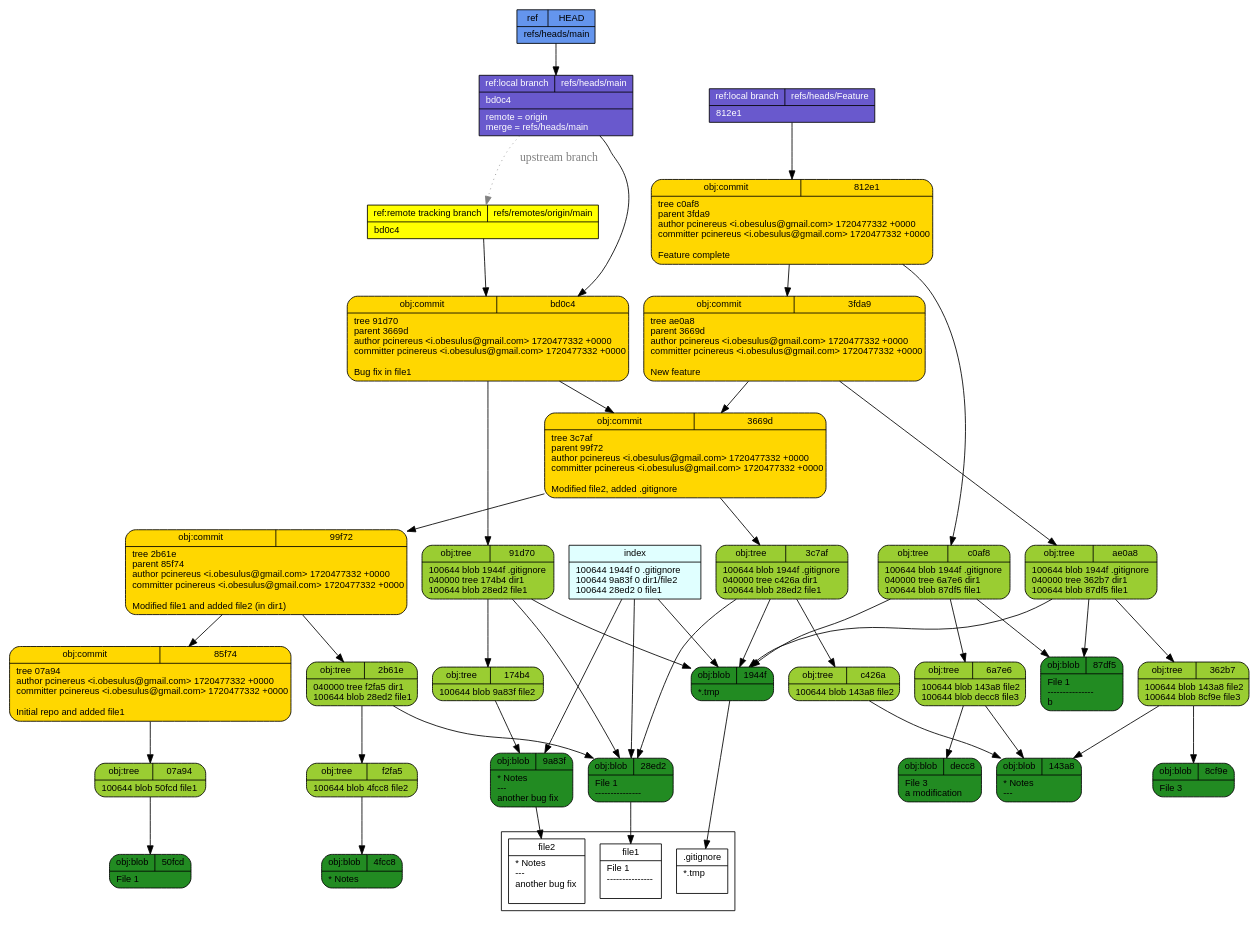
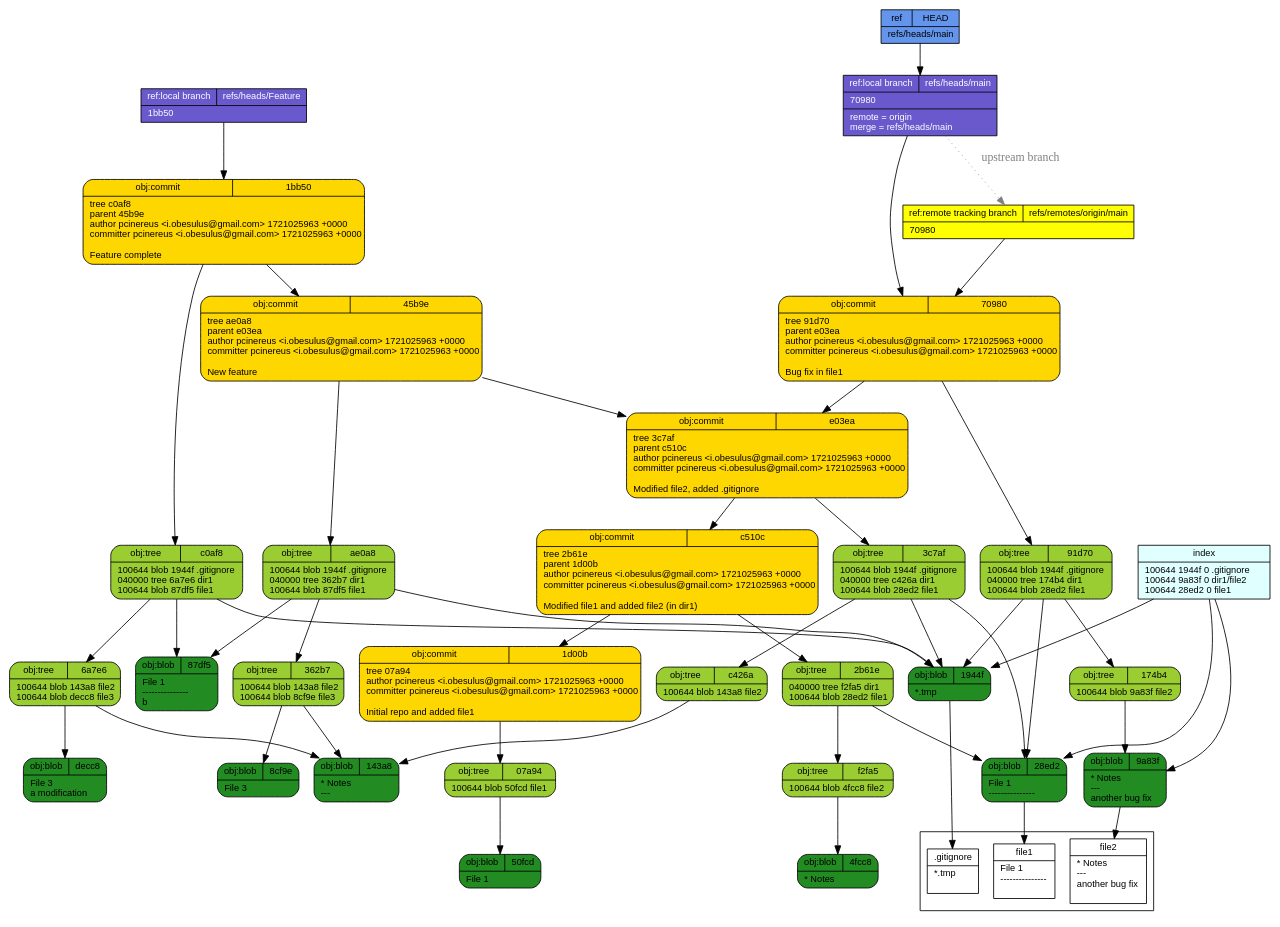
Before and after one commit to pcinereus/SUYRs_documents: the diagram in tut/git-draw.dot, drawn with Graphviz. The commit also changed 619 other files, not shown here.

```diff
--- a/tut/git-draw.dot
+++ b/tut/git-draw.dot
@@ -1,57 +1,57 @@
 digraph structs {
   node [shape=record,fontsize=11,fontname="arial"];
   rankdir="TB";
-  _85f74 [fillcolor="gold", style="filled,rounded", label="{{obj:commit|85f74}|tree\ 07a94\lauthor\ pcinereus\ \<i\.obesulus\@gmail\.com\>\ 1720477332\ \+0000\lcommitter\ pcinereus\ \<i\.obesulus\@gmail\.com\>\ 1720477332\ \+0000\l\lInitial\ repo\ and\ added\ file1\l}"]  _85f74 -> _07a94
-  _174b4 [fillcolor="yellowgreen", style="filled,rounded", label="{{obj:tree|174b4}|100644\ blob\ 9a83f\	file2\l}"]  _174b4 -> _9a83f
-  _362b7 [fillcolor="yellowgreen", style="filled,rounded", label="{{obj:tree|362b7}|100644\ blob\ 143a8\	file2\l100644\ blob\ 8cf9e\	file3\l}"]  _362b7 -> _143a8
-  _362b7 -> _8cf9e
-  _3669d [fillcolor="gold", style="filled,rounded", label="{{obj:commit|3669d}|tree\ 3c7af\lparent\ 99f72\lauthor\ pcinereus\ \<i\.obesulus\@gmail\.com\>\ 1720477332\ \+0000\lcommitter\ pcinereus\ \<i\.obesulus\@gmail\.com\>\ 1720477332\ \+0000\l\lModified\ file2\,\ added\ \.gitignore\l}"]  _3669d -> _3c7af
-  _3669d -> _99f72
-  _9a83f [fillcolor="forestgreen", style="filled,rounded", label="{{obj:blob|9a83f}|\*\ Notes\l\-\-\-\l\ another\ bug\ fix\l}"]  _2b61e [fillcolor="yellowgreen", style="filled,rounded", label="{{obj:tree|2b61e}|040000\ tree\ f2fa5\	dir1\l100644\ blob\ 28ed2\	file1\l}"]  _2b61e -> _f2fa5
-  _2b61e -> _28ed2
-  _4fcc8 [fillcolor="forestgreen", style="filled,rounded", label="{{obj:blob|4fcc8}|\*\ Notes\l}"]  _3c7af [fillcolor="yellowgreen", style="filled,rounded", label="{{obj:tree|3c7af}|100644\ blob\ 1944f\	\.gitignore\l040000\ tree\ c426a\	dir1\l100644\ blob\ 28ed2\	file1\l}"]  _3c7af -> _1944f
-  _3c7af -> _c426a
-  _3c7af -> _28ed2
+  _f2fa5 [fillcolor="yellowgreen", style="filled,rounded", label="{{obj:tree|f2fa5}|100644\ blob\ 4fcc8\	file2\l}"]  _f2fa5 -> _4fcc8
+  _45b9e [fillcolor="gold", style="filled,rounded", label="{{obj:commit|45b9e}|tree\ ae0a8\lparent\ e03ea\lauthor\ pcinereus\ \<i\.obesulus\@gmail\.com\>\ 1721025963\ \+0000\lcommitter\ pcinereus\ \<i\.obesulus\@gmail\.com\>\ 1721025963\ \+0000\l\lNew\ feature\l}"]  _45b9e -> _ae0a8
+  _45b9e -> _e03ea
+  _07a94 [fillcolor="yellowgreen", style="filled,rounded", label="{{obj:tree|07a94}|100644\ blob\ 50fcd\	file1\l}"]  _07a94 -> _50fcd
+  _143a8 [fillcolor="forestgreen", style="filled,rounded", label="{{obj:blob|143a8}|\*\ Notes\l\-\-\-\l}"]  _c0af8 [fillcolor="yellowgreen", style="filled,rounded", label="{{obj:tree|c0af8}|100644\ blob\ 1944f\	\.gitignore\l040000\ tree\ 6a7e6\	dir1\l100644\ blob\ 87df5\	file1\l}"]  _c0af8 -> _1944f
+  _c0af8 -> _6a7e6
+  _c0af8 -> _87df5
+  _4fcc8 [fillcolor="forestgreen", style="filled,rounded", label="{{obj:blob|4fcc8}|\*\ Notes\l}"]  _70980 [fillcolor="gold", style="filled,rounded", label="{{obj:commit|70980}|tree\ 91d70\lparent\ e03ea\lauthor\ pcinereus\ \<i\.obesulus\@gmail\.com\>\ 1721025963\ \+0000\lcommitter\ pcinereus\ \<i\.obesulus\@gmail\.com\>\ 1721025963\ \+0000\l\lBug\ fix\ in\ file1\l}"]  _70980 -> _91d70
+  _70980 -> _e03ea
   _c426a [fillcolor="yellowgreen", style="filled,rounded", label="{{obj:tree|c426a}|100644\ blob\ 143a8\	file2\l}"]  _c426a -> _143a8
-  _99f72 [fillcolor="gold", style="filled,rounded", label="{{obj:commit|99f72}|tree\ 2b61e\lparent\ 85f74\lauthor\ pcinereus\ \<i\.obesulus\@gmail\.com\>\ 1720477332\ \+0000\lcommitter\ pcinereus\ \<i\.obesulus\@gmail\.com\>\ 1720477332\ \+0000\l\lModified\ file1\ and\ added\ file2\ \(in\ dir1\)\l}"]  _99f72 -> _2b61e
-  _99f72 -> _85f74
-  _28ed2 [fillcolor="forestgreen", style="filled,rounded", label="{{obj:blob|28ed2}|File\ 1\l\-\-\-\-\-\-\-\-\-\-\-\-\-\-\-\l}"]  _812e1 [fillcolor="gold", style="filled,rounded", label="{{obj:commit|812e1}|tree\ c0af8\lparent\ 3fda9\lauthor\ pcinereus\ \<i\.obesulus\@gmail\.com\>\ 1720477332\ \+0000\lcommitter\ pcinereus\ \<i\.obesulus\@gmail\.com\>\ 1720477332\ \+0000\l\lFeature\ complete\l}"]  _812e1 -> _c0af8
-  _812e1 -> _3fda9
-  _50fcd [fillcolor="forestgreen", style="filled,rounded", label="{{obj:blob|50fcd}|File\ 1\l}"]  _bd0c4 [fillcolor="gold", style="filled,rounded", label="{{obj:commit|bd0c4}|tree\ 91d70\lparent\ 3669d\lauthor\ pcinereus\ \<i\.obesulus\@gmail\.com\>\ 1720477332\ \+0000\lcommitter\ pcinereus\ \<i\.obesulus\@gmail\.com\>\ 1720477332\ \+0000\l\lBug\ fix\ in\ file1\l}"]  _bd0c4 -> _91d70
-  _bd0c4 -> _3669d
-  _07a94 [fillcolor="yellowgreen", style="filled,rounded", label="{{obj:tree|07a94}|100644\ blob\ 50fcd\	file1\l}"]  _07a94 -> _50fcd
-  _87df5 [fillcolor="forestgreen", style="filled,rounded", label="{{obj:blob|87df5}|File\ 1\l\-\-\-\-\-\-\-\-\-\-\-\-\-\-\-\lb\l}"]  _91d70 [fillcolor="yellowgreen", style="filled,rounded", label="{{obj:tree|91d70}|100644\ blob\ 1944f\	\.gitignore\l040000\ tree\ 174b4\	dir1\l100644\ blob\ 28ed2\	file1\l}"]  _91d70 -> _1944f
+  _1944f [fillcolor="forestgreen", style="filled,rounded", label="{{obj:blob|1944f}|\*\.tmp\l}"]  _50fcd [fillcolor="forestgreen", style="filled,rounded", label="{{obj:blob|50fcd}|File\ 1\l}"]  _e03ea [fillcolor="gold", style="filled,rounded", label="{{obj:commit|e03ea}|tree\ 3c7af\lparent\ c510c\lauthor\ pcinereus\ \<i\.obesulus\@gmail\.com\>\ 1721025963\ \+0000\lcommitter\ pcinereus\ \<i\.obesulus\@gmail\.com\>\ 1721025963\ \+0000\l\lModified\ file2\,\ added\ \.gitignore\l}"]  _e03ea -> _3c7af
+  _e03ea -> _c510c
+  _1d00b [fillcolor="gold", style="filled,rounded", label="{{obj:commit|1d00b}|tree\ 07a94\lauthor\ pcinereus\ \<i\.obesulus\@gmail\.com\>\ 1721025963\ \+0000\lcommitter\ pcinereus\ \<i\.obesulus\@gmail\.com\>\ 1721025963\ \+0000\l\lInitial\ repo\ and\ added\ file1\l}"]  _1d00b -> _07a94
+  _8cf9e [fillcolor="forestgreen", style="filled,rounded", label="{{obj:blob|8cf9e}|File\ 3\l}"]  _91d70 [fillcolor="yellowgreen", style="filled,rounded", label="{{obj:tree|91d70}|100644\ blob\ 1944f\	\.gitignore\l040000\ tree\ 174b4\	dir1\l100644\ blob\ 28ed2\	file1\l}"]  _91d70 -> _1944f
   _91d70 -> _174b4
   _91d70 -> _28ed2
-  _143a8 [fillcolor="forestgreen", style="filled,rounded", label="{{obj:blob|143a8}|\*\ Notes\l\-\-\-\l}"]  _f2fa5 [fillcolor="yellowgreen", style="filled,rounded", label="{{obj:tree|f2fa5}|100644\ blob\ 4fcc8\	file2\l}"]  _f2fa5 -> _4fcc8
+  _9a83f [fillcolor="forestgreen", style="filled,rounded", label="{{obj:blob|9a83f}|\*\ Notes\l\-\-\-\l\ another\ bug\ fix\l}"]  _1bb50 [fillcolor="gold", style="filled,rounded", label="{{obj:commit|1bb50}|tree\ c0af8\lparent\ 45b9e\lauthor\ pcinereus\ \<i\.obesulus\@gmail\.com\>\ 1721025963\ \+0000\lcommitter\ pcinereus\ \<i\.obesulus\@gmail\.com\>\ 1721025963\ \+0000\l\lFeature\ complete\l}"]  _1bb50 -> _c0af8
+  _1bb50 -> _45b9e
   _ae0a8 [fillcolor="yellowgreen", style="filled,rounded", label="{{obj:tree|ae0a8}|100644\ blob\ 1944f\	\.gitignore\l040000\ tree\ 362b7\	dir1\l100644\ blob\ 87df5\	file1\l}"]  _ae0a8 -> _1944f
   _ae0a8 -> _362b7
   _ae0a8 -> _87df5
-  _c0af8 [fillcolor="yellowgreen", style="filled,rounded", label="{{obj:tree|c0af8}|100644\ blob\ 1944f\	\.gitignore\l040000\ tree\ 6a7e6\	dir1\l100644\ blob\ 87df5\	file1\l}"]  _c0af8 -> _1944f
-  _c0af8 -> _6a7e6
-  _c0af8 -> _87df5
-  _6a7e6 [fillcolor="yellowgreen", style="filled,rounded", label="{{obj:tree|6a7e6}|100644\ blob\ 143a8\	file2\l100644\ blob\ decc8\	file3\l}"]  _6a7e6 -> _143a8
+  _2b61e [fillcolor="yellowgreen", style="filled,rounded", label="{{obj:tree|2b61e}|040000\ tree\ f2fa5\	dir1\l100644\ blob\ 28ed2\	file1\l}"]  _2b61e -> _f2fa5
+  _2b61e -> _28ed2
+  _87df5 [fillcolor="forestgreen", style="filled,rounded", label="{{obj:blob|87df5}|File\ 1\l\-\-\-\-\-\-\-\-\-\-\-\-\-\-\-\lb\l}"]  _362b7 [fillcolor="yellowgreen", style="filled,rounded", label="{{obj:tree|362b7}|100644\ blob\ 143a8\	file2\l100644\ blob\ 8cf9e\	file3\l}"]  _362b7 -> _143a8
+  _362b7 -> _8cf9e
+  _3c7af [fillcolor="yellowgreen", style="filled,rounded", label="{{obj:tree|3c7af}|100644\ blob\ 1944f\	\.gitignore\l040000\ tree\ c426a\	dir1\l100644\ blob\ 28ed2\	file1\l}"]  _3c7af -> _1944f
+  _3c7af -> _c426a
+  _3c7af -> _28ed2
+  _28ed2 [fillcolor="forestgreen", style="filled,rounded", label="{{obj:blob|28ed2}|File\ 1\l\-\-\-\-\-\-\-\-\-\-\-\-\-\-\-\l}"]  _6a7e6 [fillcolor="yellowgreen", style="filled,rounded", label="{{obj:tree|6a7e6}|100644\ blob\ 143a8\	file2\l100644\ blob\ decc8\	file3\l}"]  _6a7e6 -> _143a8
   _6a7e6 -> _decc8
-  _8cf9e [fillcolor="forestgreen", style="filled,rounded", label="{{obj:blob|8cf9e}|File\ 3\l}"]  _3fda9 [fillcolor="gold", style="filled,rounded", label="{{obj:commit|3fda9}|tree\ ae0a8\lparent\ 3669d\lauthor\ pcinereus\ \<i\.obesulus\@gmail\.com\>\ 1720477332\ \+0000\lcommitter\ pcinereus\ \<i\.obesulus\@gmail\.com\>\ 1720477332\ \+0000\l\lNew\ feature\l}"]  _3fda9 -> _ae0a8
-  _3fda9 -> _3669d
-  _decc8 [fillcolor="forestgreen", style="filled,rounded", label="{{obj:blob|decc8}|File\ 3\l\ a\ modification\l}"]  _1944f [fillcolor="forestgreen", style="filled,rounded", label="{{obj:blob|1944f}|\*\.tmp\l}"]  _refs___heads___Feature [style=filled, fillcolor=slateblue3, fontcolor = white,  label="{{ref:local branch|refs\/heads\/Feature}|812e1\l}"]
-  _refs___heads___Feature -> _812e1
+  _174b4 [fillcolor="yellowgreen", style="filled,rounded", label="{{obj:tree|174b4}|100644\ blob\ 9a83f\	file2\l}"]  _174b4 -> _9a83f
+  _decc8 [fillcolor="forestgreen", style="filled,rounded", label="{{obj:blob|decc8}|File\ 3\l\ a\ modification\l}"]  _c510c [fillcolor="gold", style="filled,rounded", label="{{obj:commit|c510c}|tree\ 2b61e\lparent\ 1d00b\lauthor\ pcinereus\ \<i\.obesulus\@gmail\.com\>\ 1721025963\ \+0000\lcommitter\ pcinereus\ \<i\.obesulus\@gmail\.com\>\ 1721025963\ \+0000\l\lModified\ file1\ and\ added\ file2\ \(in\ dir1\)\l}"]  _c510c -> _2b61e
+  _c510c -> _1d00b
+  _refs___heads___Feature [style=filled, fillcolor=slateblue3, fontcolor = white,  label="{{ref:local branch|refs\/heads\/Feature}|1bb50\l}"]
+  _refs___heads___Feature -> _1bb50
   _refs___heads___main -> _refs___remotes___origin___main [style=dotted, color=gray, fontcolor=gray, label="upstream branch"]
-  _refs___heads___main [style=filled, fillcolor=slateblue3, fontcolor = white,  label="{{ref:local branch|refs\/heads\/main}|bd0c4\l|remote\ \=\ origin\lmerge\ \=\ refs\/heads\/main\l}"]
-  _refs___heads___main -> _bd0c4
-  _refs___remotes___origin___main [style=filled, fillcolor=yellow, fontcolor = black,  label="{{ref:remote tracking branch|refs\/remotes\/origin\/main}|bd0c4\l}"]
-  _refs___remotes___origin___main -> _bd0c4
+  _refs___heads___main [style=filled, fillcolor=slateblue3, fontcolor = white,  label="{{ref:local branch|refs\/heads\/main}|70980\l|remote\ \=\ origin\lmerge\ \=\ refs\/heads\/main\l}"]
+  _refs___heads___main -> _70980
+  _refs___remotes___origin___main [style=filled, fillcolor=yellow, fontcolor = black,  label="{{ref:remote tracking branch|refs\/remotes\/origin\/main}|70980\l}"]
+  _refs___remotes___origin___main -> _70980
   _HEAD [style=filled, fillcolor=cornflowerblue, fontcolor=black,  label="{{ref|HEAD}|refs\/heads\/main\l}"]
   _HEAD -> _refs___heads___main
   index -> _1944f
   index -> _9a83f
   index -> _28ed2
   index [style=filled, fillcolor=lightcyan, label="{{index}|100644\ 1944f\ 0\	\.gitignore\l100644\ 9a83f\ 0\	dir1\/file2\l100644\ 28ed2\ 0\	file1\l}"]
 subgraph cluster_1 {rank=sink  _gitignore [fillcolor="white", label="{{.gitignore}|*.tmp\l\l}"] 
   _file2 [fillcolor="white", label="{{file2}|* Notes\l---\l another bug fix\l\l}"] 
   _file1 [fillcolor="white", label="{{file1}|File 1\l---------------\l\l}"] 
 }
  _1944f -> _gitignore
  _9a83f -> _file2
  _28ed2 -> _file1
 }
```
